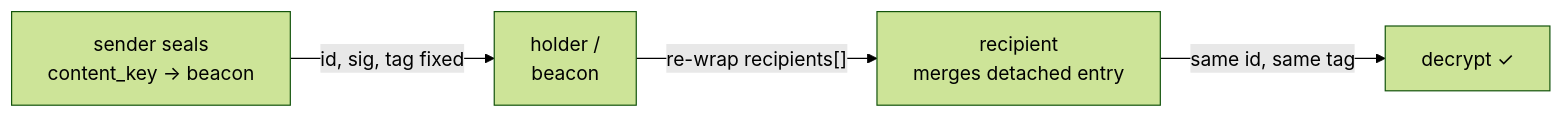
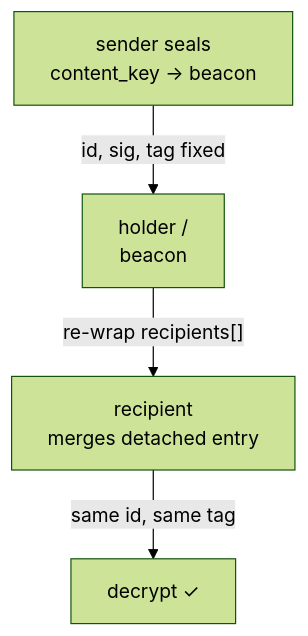
One commit to orangecheck/oc-docs changed the diagram in src/pages/chat/envelope.mdx. Above: the diagram before and after it, drawn with Mermaid (forest theme). The commit also changed 26 other files, not shown here.

First line of the commit message:
Docs pages: diagrams that draw in both modes, links that land

````diff
--- a/src/pages/chat/envelope.mdx
+++ b/src/pages/chat/envelope.mdx
@@ -74,6 +74,6 @@
 ```mermaid
-graph LR
+graph TB
   S["sender seals<br/>content_key → beacon"] -->|"id, sig, tag fixed"| H["holder /<br/>beacon"]
   H -->|"re-wrap recipients[]"| R["recipient<br/>merges detached entry"]
   R -->|"same id, same tag"| V["decrypt ✓"]
 ```
````
